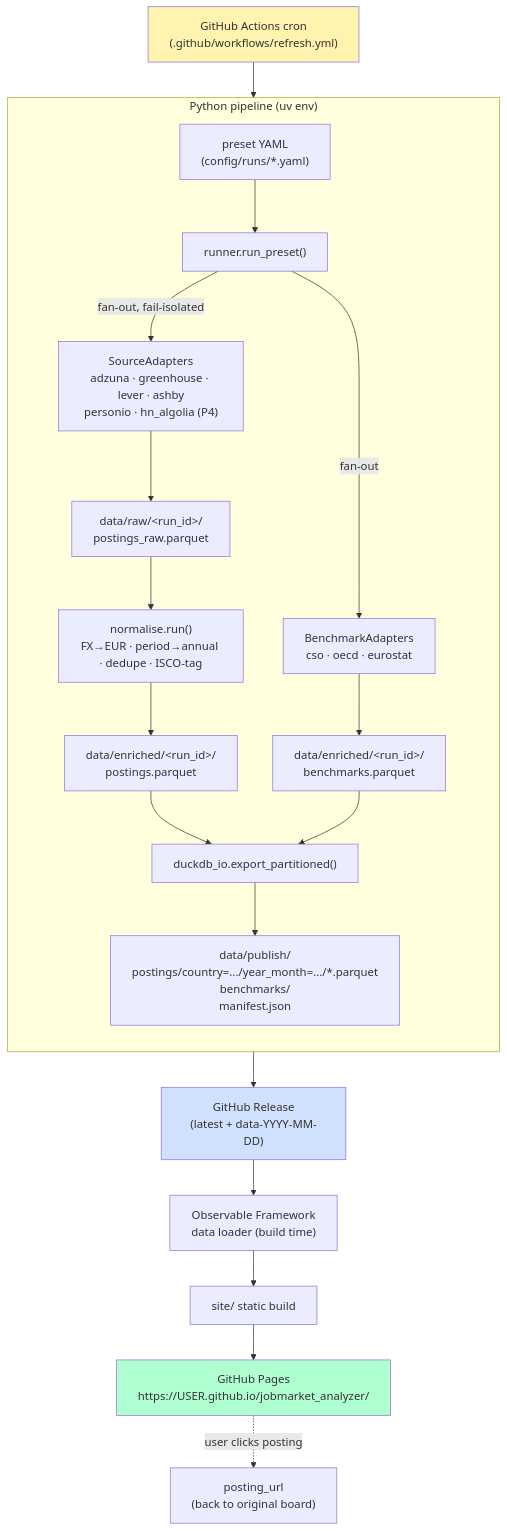
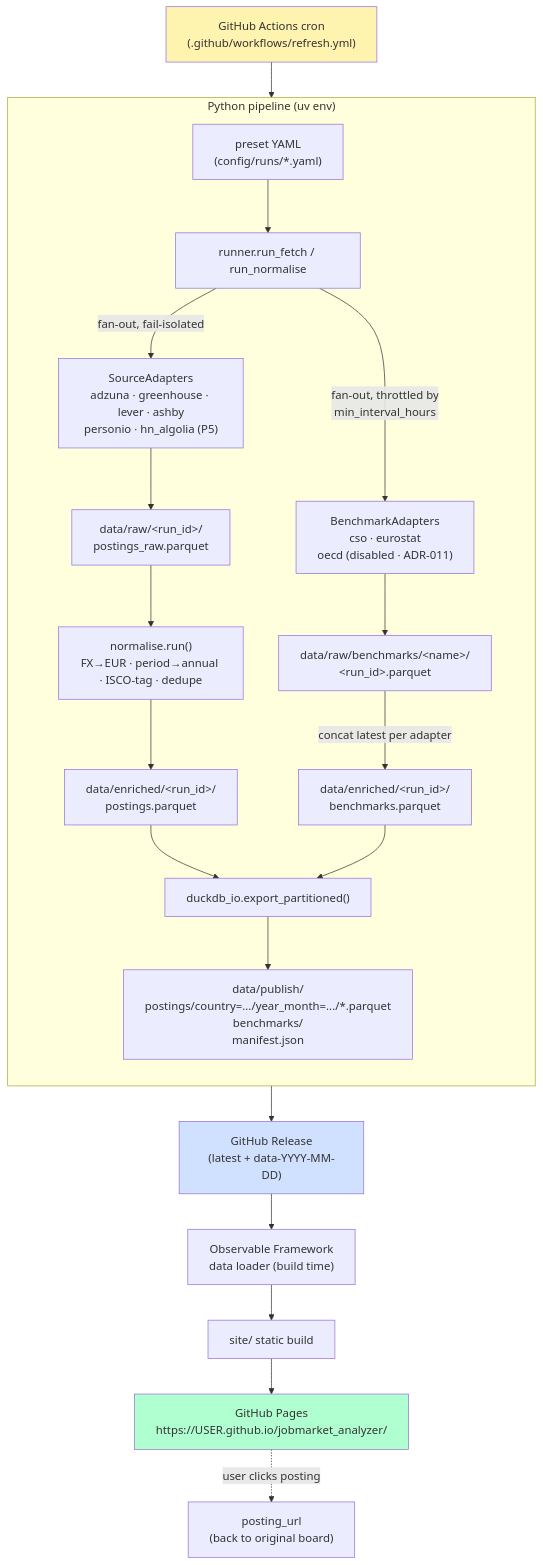
Before and after one commit to alex-wu/jobmarket_analyzer: the diagram in docs/architecture.md, drawn with Mermaid. The commit also changed other lines of this file and 40 other files, not shown here.

````diff
--- a/docs/architecture.md
+++ b/docs/architecture.md
@@ -7,28 +7,29 @@
 ```mermaid
 flowchart TD
     cron["GitHub Actions cron<br/>(.github/workflows/refresh.yml)"] --> runner
 
     subgraph pipeline["Python pipeline (uv env)"]
         direction TB
-        preset["preset YAML<br/>(config/runs/*.yaml)"] --> runner["runner.run_preset()"]
-        runner -->|fan-out, fail-isolated| sources["SourceAdapters<br/>adzuna · greenhouse · lever · ashby<br/>personio · hn_algolia (P4)"]
+        preset["preset YAML<br/>(config/runs/*.yaml)"] --> runner["runner.run_fetch / run_normalise"]
+        runner -->|fan-out, fail-isolated| sources["SourceAdapters<br/>adzuna · greenhouse · lever · ashby<br/>personio · hn_algolia (P5)"]
         sources --> raw["data/raw/&lt;run_id&gt;/<br/>postings_raw.parquet"]
-        raw --> normalise["normalise.run()<br/>FX→EUR · period→annual · dedupe · ISCO-tag"]
+        runner -->|fan-out, throttled by<br/>min_interval_hours| bench["BenchmarkAdapters<br/>cso · eurostat<br/>oecd (disabled · ADR-011)"]
+        bench --> benchraw["data/raw/benchmarks/&lt;name&gt;/<br/>&lt;run_id&gt;.parquet"]
+        raw --> normalise["normalise.run()<br/>FX→EUR · period→annual · ISCO-tag · dedupe"]
         normalise --> enriched["data/enriched/&lt;run_id&gt;/<br/>postings.parquet"]
-        runner -->|fan-out| bench["BenchmarkAdapters<br/>cso · oecd · eurostat"]
-        bench --> benchparquet["data/enriched/&lt;run_id&gt;/<br/>benchmarks.parquet"]
+        benchraw -->|concat latest per adapter| enrichedbench["data/enriched/&lt;run_id&gt;/<br/>benchmarks.parquet"]
         enriched --> publish["duckdb_io.export_partitioned()"]
-        benchparquet --> publish
+        enrichedbench --> publish
         publish --> bundle["data/publish/<br/>postings/country=.../year_month=.../*.parquet<br/>benchmarks/<br/>manifest.json"]
     end
 
     bundle --> release["GitHub Release<br/>(latest + data-YYYY-MM-DD)"]
     release --> loader["Observable Framework<br/>data loader (build time)"]
     loader --> site["site/ static build"]
     site --> pages["GitHub Pages<br/>https://USER.github.io/jobmarket_analyzer/"]
     pages -.->|user clicks posting| source_url["posting_url<br/>(back to original board)"]
 
     style cron fill:#fff3b0
     style pages fill:#b0ffd0
     style release fill:#d0e0ff
 ```
````
